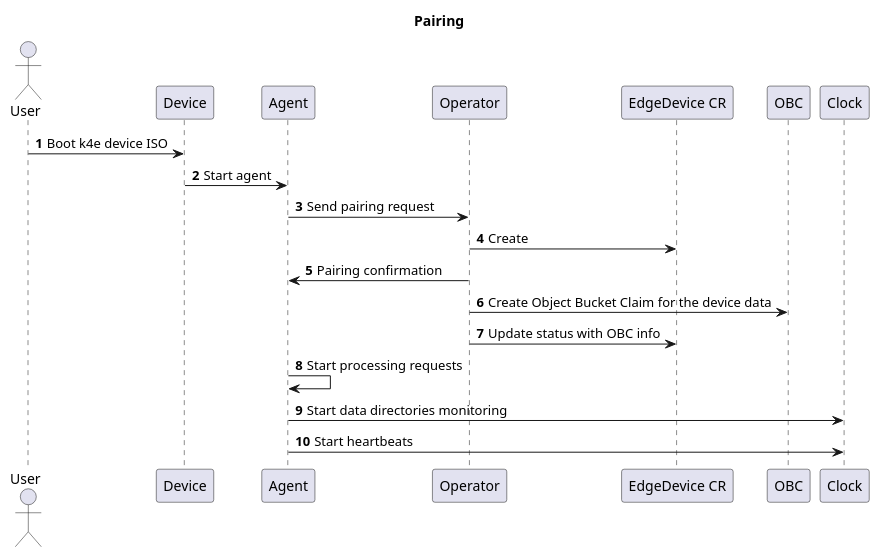
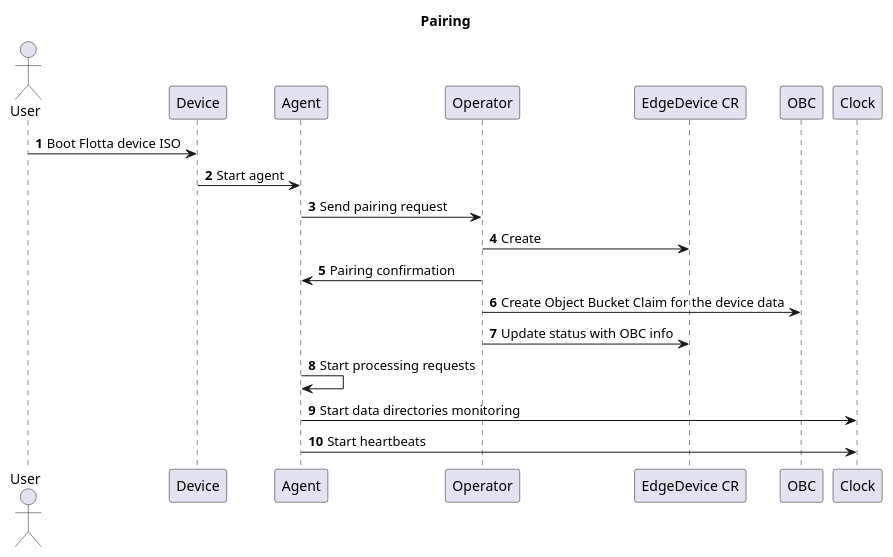
One commit to project-flotta/flotta-operator changed the diagram in docs/design/pairing.puml. Above: the diagram before and after it, drawn with PlantUML. The commit also changed 10 other files, not shown here.

```diff
--- a/docs/design/pairing.puml
+++ b/docs/design/pairing.puml
@@ -1,20 +1,20 @@
 @startuml
 'https://plantuml.com/sequence-diagram
 
 title Pairing
 
 autonumber
 actor User
 
-User -> Device: Boot k4e device ISO
+User -> Device: Boot Flotta device ISO
 Device -> Agent: Start agent
 Agent -> Operator: Send pairing request
 Operator -> "EdgeDevice CR": Create
 Operator -> Agent: Pairing confirmation
 Operator -> OBC: Create Object Bucket Claim for the device data
 Operator -> "EdgeDevice CR": Update status with OBC info
 Agent -> Agent: Start processing requests
 Agent -> Clock: Start data directories monitoring
 Agent -> Clock: Start heartbeats
 
 @enduml
```
